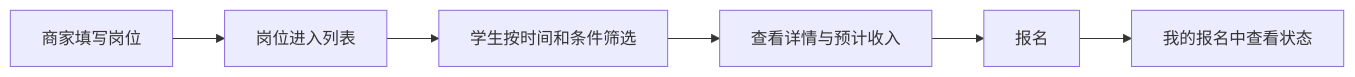
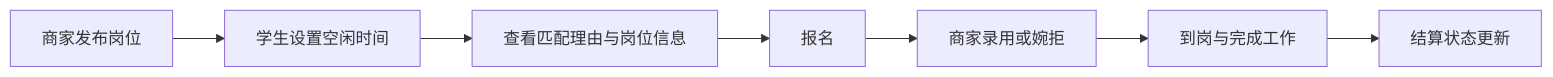
Before and after one commit to Uuu-7/weekend-campus-jobs: the diagram in README.md, drawn with Mermaid. The commit also changed other lines of this file, not shown here.

````diff
--- a/README.md
+++ b/README.md
@@ -51,8 +57,9 @@
 ```mermaid
 flowchart LR
-    A[商家填写岗位] --> B[岗位进入列表]
-    B --> C[学生按时间和条件筛选]
-    C --> D[查看详情与预计收入]
-    D --> E[报名]
-    E --> F[我的报名中查看状态]
+    A[商家发布岗位] --> B[学生设置空闲时间]
+    B --> C[查看匹配理由与岗位信息]
+    C --> D[报名]
+    D --> E[商家录用或婉拒]
+    E --> F[到岗与完成工作]
+    F --> G[结算状态更新]
 ```
````
